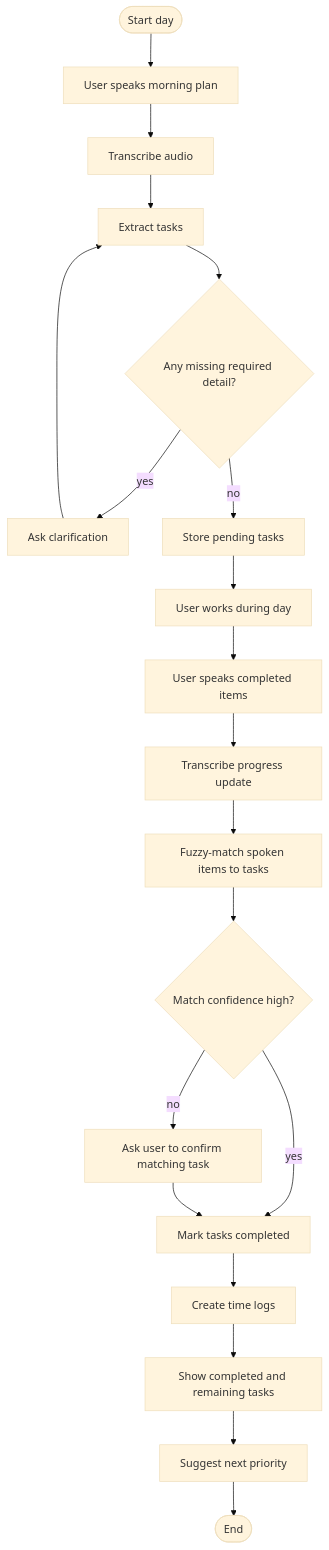
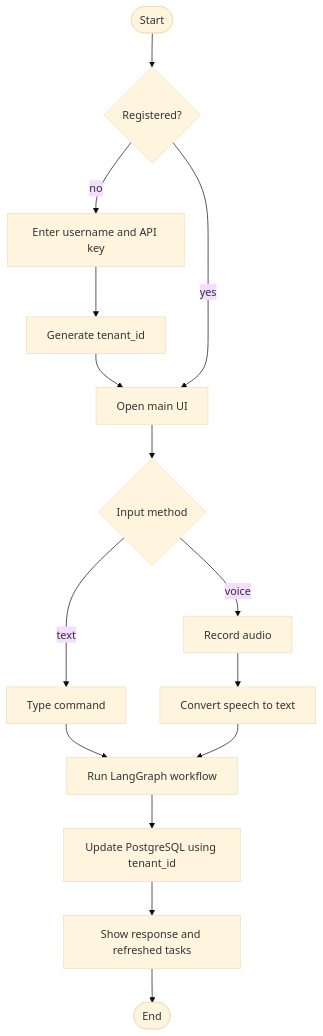
The diagram in diagrams/04_activity_morning_to_midday.mmd (nishathmnha/langgraph-voice-agent), drawn with Mermaid (base theme) before and after one commit. The commit also changed other lines of this file and 58 other files, not shown here.

```diff
--- a/diagrams/04_activity_morning_to_midday.mmd
+++ b/diagrams/04_activity_morning_to_midday.mmd
@@ -1,25 +1,22 @@
 flowchart TD
-    A([Start day])
-    B["User speaks morning plan"]
-    C["Transcribe audio"]
-    D["Extract tasks"]
-    E{"Any missing required detail?"}
-    F["Ask clarification"]
-    G["Store pending tasks"]
-    H["User works during day"]
-    I["User speaks completed items"]
-    J["Transcribe progress update"]
-    K["Fuzzy-match spoken items to tasks"]
-    L{"Match confidence high?"}
-    M["Mark tasks completed"]
-    N["Create time logs"]
-    O["Ask user to confirm matching task"]
-    P["Show completed and remaining tasks"]
-    Q["Suggest next priority"]
-    R([End])
+    Start([Start])
+    Setup{"Registered?"}
+    Register["Enter username and API key"]
+    Tenant["Generate tenant_id"]
+    Main["Open main UI"]
+    Choice{"Input method"}
+    Text["Type command"]
+    Voice["Record audio"]
+    STT["Convert speech to text"]
+    Agent["Run LangGraph workflow"]
+    DB["Update PostgreSQL using tenant_id"]
+    UI["Show response and refreshed tasks"]
+    End([End])
 
-    A --> B --> C --> D --> E
-    E -->|"yes"| F --> D
-    E -->|"no"| G --> H --> I --> J --> K --> L
-    L -->|"yes"| M --> N --> P --> Q --> R
-    L -->|"no"| O --> M
+    Start --> Setup
+    Setup -->|"no"| Register --> Tenant --> Main
+    Setup -->|"yes"| Main
+    Main --> Choice
+    Choice -->|"text"| Text --> Agent
+    Choice -->|"voice"| Voice --> STT --> Agent
+    Agent --> DB --> UI --> End
```
